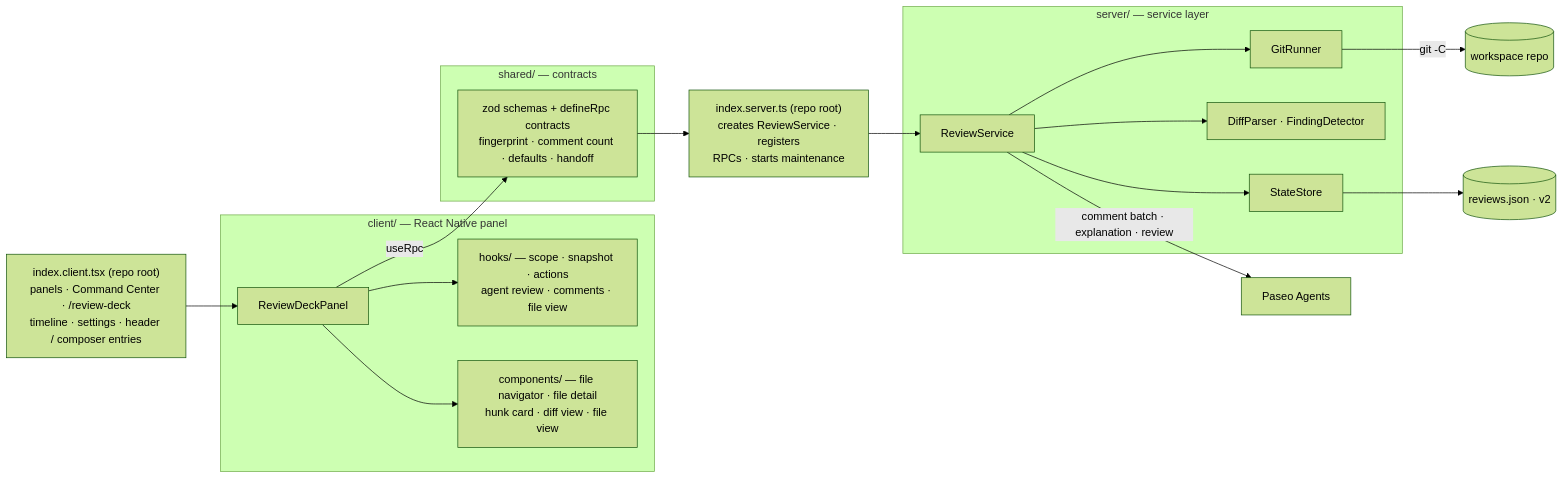
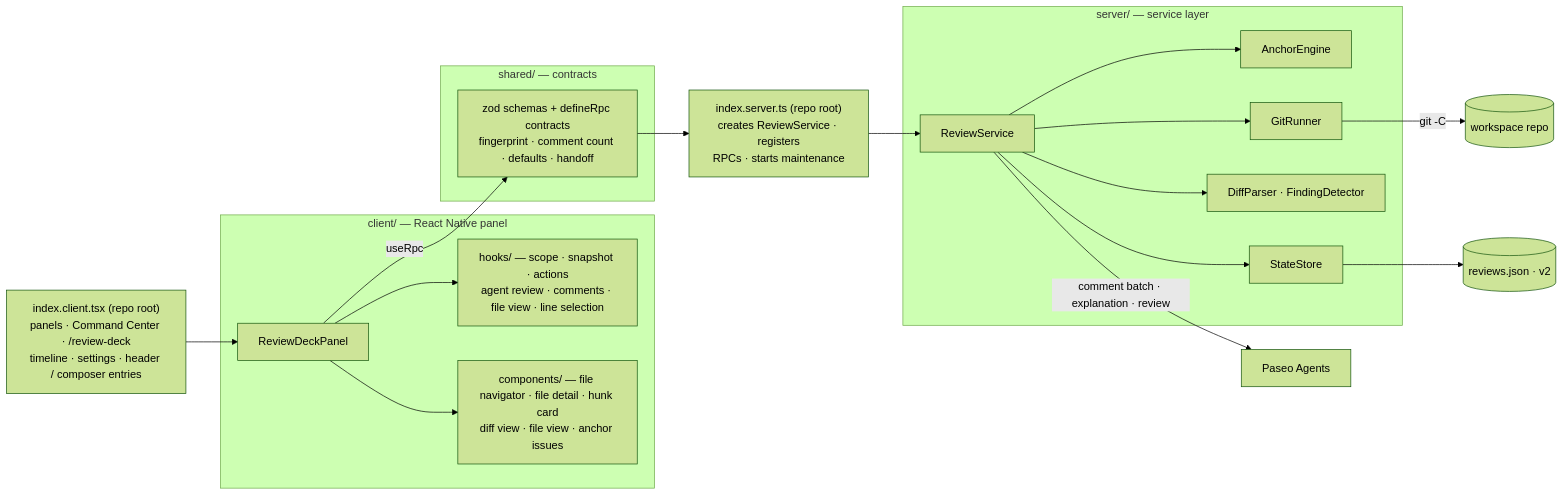
Before and after one commit to mentalfl0w/review-deck: the second of 2 diagrams in README.md, drawn with Mermaid (forest theme). The commit also changed other lines of this file, not shown here.

First line of the commit message:
docs(plugin): document v1.3 line-range comments and re-anchoring

````diff
--- a/README.md
+++ b/README.md
@@ -55,38 +55,40 @@
 ```mermaid
 flowchart LR
     subgraph panel["client/ — React Native panel"]
         Panel["ReviewDeckPanel"]
-        Hooks["hooks/ — scope · snapshot · actions<br/>agent review · comments · file view"]
-        UI["components/ — file navigator · file detail<br/>hunk card · diff view · file view"]
+        Hooks["hooks/ — scope · snapshot · actions<br/>agent review · comments · file view · line selection"]
+        UI["components/ — file navigator · file detail · hunk card<br/>diff view · file view · anchor issues"]
         Panel --> Hooks
         Panel --> UI
     end
 
     subgraph shared["shared/ — contracts"]
         RPC["zod schemas + defineRpc contracts<br/>fingerprint · comment count · defaults · handoff"]
     end
 
     subgraph server["server/ — service layer"]
         Svc["ReviewService"]
+        Anchor["AnchorEngine"]
         Git["GitRunner"]
         Parse["DiffParser · FindingDetector"]
         Store["StateStore"]
+        Svc --> Anchor
         Svc --> Git
         Svc --> Parse
         Svc --> Store
     end
 
     ClientEntry["index.client.tsx (repo root)<br/>panels · Command Center · /review-deck<br/>timeline · settings · header / composer entries"]
     ServerEntry["index.server.ts (repo root)<br/>creates ReviewService · registers<br/>RPCs · starts maintenance"]
     Agents["Paseo Agents"]
     Repo[("workspace repo")]
     State[("reviews.json · v2")]
 
     ClientEntry --> Panel
     Panel -- "useRpc" --> RPC
     RPC --> ServerEntry
     ServerEntry --> Svc
     Git -- "git -C <cwd>" --> Repo
     Store --> State
     Svc -- "comment batch · explanation · review" --> Agents
 ```
````
